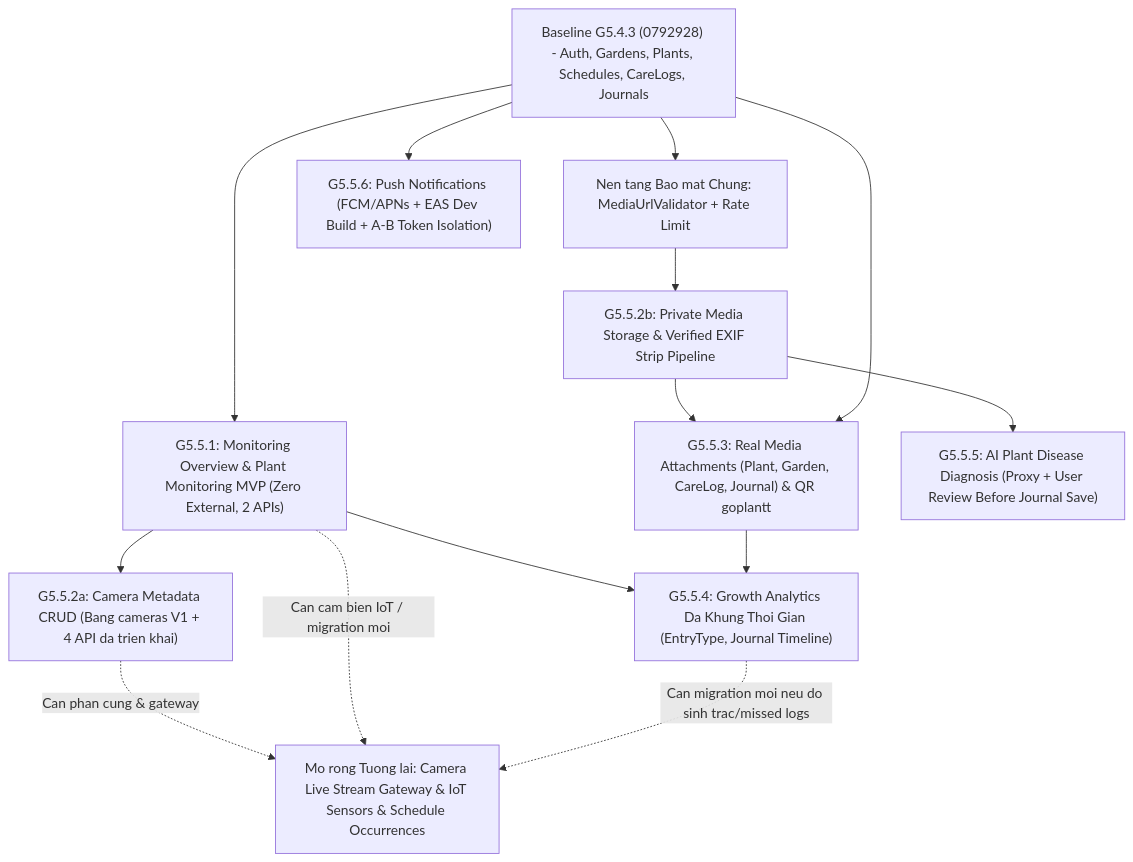
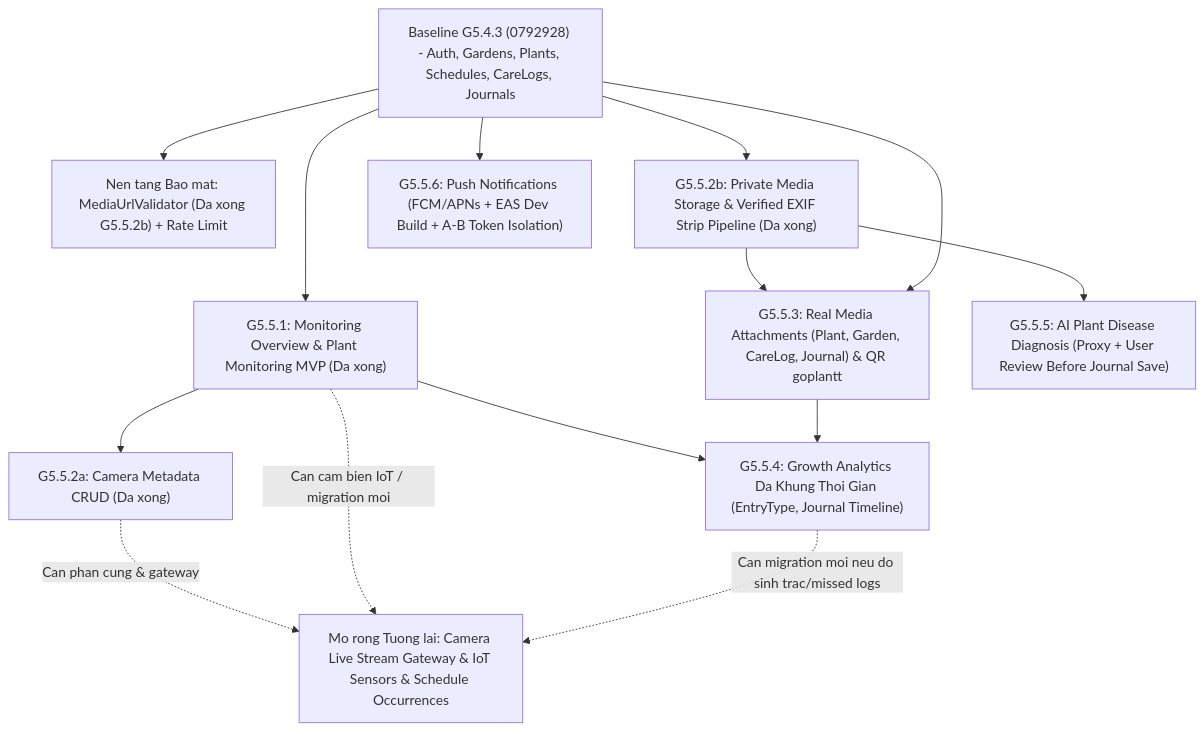
Before and after one commit to vuduc6002/GoPlant: the diagram in docs/roadmap/g5.5-technical-readiness-and-implementation-roadmap.md, drawn with Mermaid. The commit also changed other lines of this file and 43 other files, not shown here.

Commit message:
feat: implement secure private media upload pipeline

````diff
--- a/docs/roadmap/g5.5-technical-readiness-and-implementation-roadmap.md
+++ b/docs/roadmap/g5.5-technical-readiness-and-implementation-roadmap.md
@@ -337,27 +338,27 @@
 ```mermaid
 flowchart TD
     B0["Baseline G5.4.3 (0792928) - Auth, Gardens, Plants, Schedules, CareLogs, Journals"]
-    M1["G5.5.1: Monitoring Overview & Plant Monitoring MVP (Zero External, 2 APIs)"]
-    SEC["Nen tang Bao mat Chung: MediaUrlValidator + Rate Limit"]
-    C1["G5.5.2a: Camera Metadata CRUD (Bang cameras V1 + 4 API da trien khai)"]
-    ST["G5.5.2b: Private Media Storage & Verified EXIF Strip Pipeline"]
+    M1["G5.5.1: Monitoring Overview & Plant Monitoring MVP (Da xong)"]
+    SEC["Nen tang Bao mat: MediaUrlValidator (Da xong G5.5.2b) + Rate Limit"]
+    C1["G5.5.2a: Camera Metadata CRUD (Da xong)"]
+    ST["G5.5.2b: Private Media Storage & Verified EXIF Strip Pipeline (Da xong)"]
     G3["G5.5.3: Real Media Attachments (Plant, Garden, CareLog, Journal) & QR goplantt"]
     G4["G5.5.4: Growth Analytics Da Khung Thoi Gian (EntryType, Journal Timeline)"]
     G5["G5.5.5: AI Plant Disease Diagnosis (Proxy + User Review Before Journal Save)"]
     G6["G5.5.6: Push Notifications (FCM/APNs + EAS Dev Build + A-B Token Isolation)"]
     FUT["Mo rong Tuong lai: Camera Live Stream Gateway & IoT Sensors & Schedule Occurrences"]
 
     B0 --> M1
     B0 --> SEC
     M1 --> C1
-    SEC --> ST
+    B0 --> ST
     M1 --> G4
     ST --> G3
     B0 --> G3
     G3 --> G4
     ST --> G5
     B0 --> G6
     C1 -. "Can phan cung & gateway" .-> FUT
     M1 -. "Can cam bien IoT / migration moi" .-> FUT
     G4 -. "Can migration moi neu do sinh trac/missed logs" .-> FUT
 ```
````
